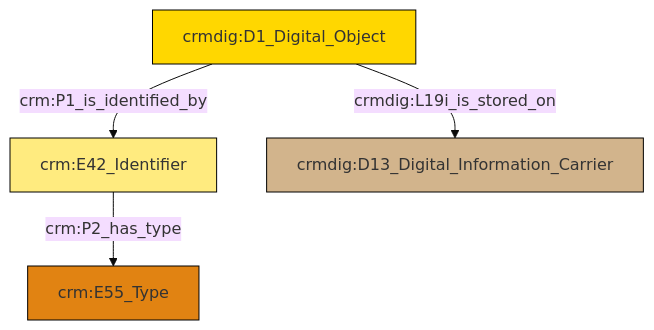
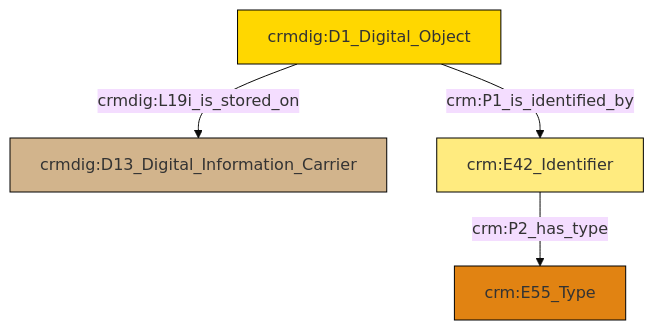
Before and after one commit to swiss-art-research-net/docs.swissartresearch: the diagram in et/doCSV/ttl/mmd/do_location.ttl.mmd, drawn with Mermaid (base theme). The commit also changed 218 other files, not shown here.

```diff
--- a/et/doCSV/ttl/mmd/do_location.ttl.mmd
+++ b/et/doCSV/ttl/mmd/do_location.ttl.mmd
@@ -1,18 +1,18 @@
 graph TD
 classDef Literal fill:#f2f2f2,stroke:#000000;
 classDef CRM_Entity fill:#FFFFFF,stroke:#000000;
 classDef Temporal_Entity fill:#00C9E6, stroke:#000000;
 classDef Type fill:#E18312, stroke:#000000;
 classDef Time-Span fill:#2C9C91, stroke:#000000;
 classDef Appellation fill:#FFEB7F, stroke:#000000;
 classDef Place fill:#008836, stroke:#000000;
 classDef Persistent_Item fill:#B266B2, stroke:#000000;
 classDef Conceptual_Object fill:#FFD700, stroke:#000000;
 classDef Physical_Thing fill:#D2B48C, stroke:#000000;
 classDef Actor fill:#f58aad, stroke:#000000;
 classDef PC_Classes fill:#4ce600, stroke:#000000;
 classDef Multi fill:#cccccc,stroke:#000000;
 
-2["crmdig:D1_Digital_Object"]:::Conceptual_Object -->|crm:P1_is_identified_by| 3["crm:E42_Identifier"]:::Appellation
-3["crm:E42_Identifier"]:::Appellation -->|crm:P2_has_type| 0["crm:E55_Type"]:::Type
-2["crmdig:D1_Digital_Object"]:::Conceptual_Object -->|crmdig:L19i_is_stored_on| 6["crmdig:D13_Digital_Information_Carrier"]:::Physical_Thing
+0["crmdig:D1_Digital_Object"]:::Conceptual_Object -->|crmdig:L19i_is_stored_on| 1["crmdig:D13_Digital_Information_Carrier"]:::Physical_Thing
+2["crm:E42_Identifier"]:::Appellation -->|crm:P2_has_type| 6["crm:E55_Type"]:::Type
+0["crmdig:D1_Digital_Object"]:::Conceptual_Object -->|crm:P1_is_identified_by| 2["crm:E42_Identifier"]:::Appellation
```
